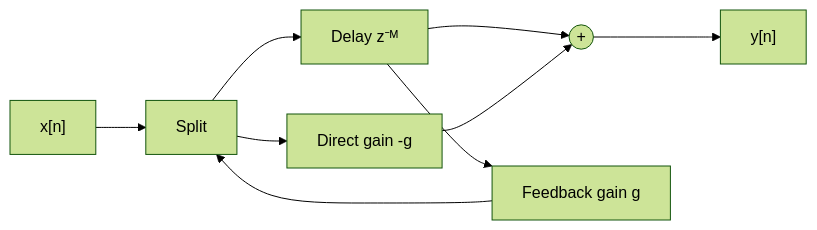
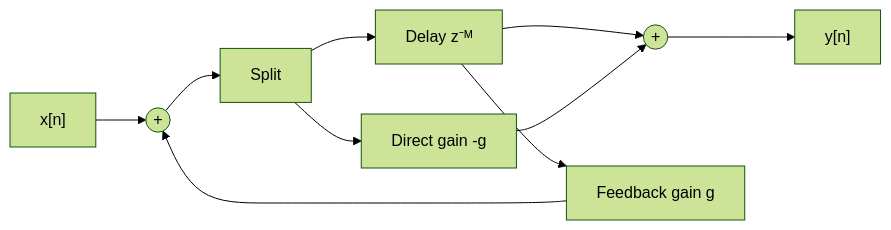
One commit to TheColby/verbx changed the fourth of 19 diagrams in README.md. Above: the diagram before and after it, drawn with Mermaid (forest theme). The commit also changed other lines of this file and 365 other files, not shown here.

First line of the commit message:
feat: advance native and physical roadmap (#43)

````diff
--- a/README.md
+++ b/README.md
@@ -1330,12 +1846,13 @@
 ```mermaid
 %% verbx-static: docs/assets/reverb_primer/04_schroeder_allpass.png
 flowchart LR
-    X["x[n]"] --> P["Split"]
+    X["x[n]"] --> A(("+"))
+    A --> P["Split"]
     P --> D["Delay z⁻ᴹ"]
     P --> N["Direct gain -g"]
     D --> S(("+"))
     N --> S
     D --> G["Feedback gain g"]
-    G --> P
+    G --> A
     S --> Y["y[n]"]
 ```
````
